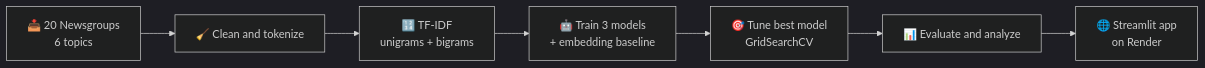
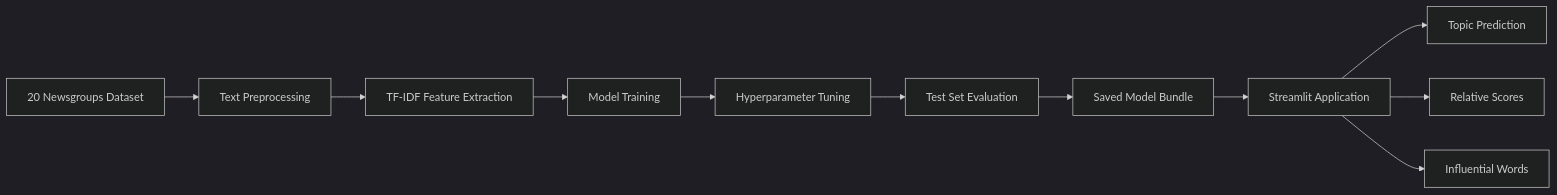
Before and after one commit to KK-Dev0/Document-Classification-AI: the diagram in README.md, drawn with Mermaid (dark theme). The commit also changed other lines of this file, not shown here.

````diff
--- a/README.md
+++ b/README.md
@@ -64,9 +74,13 @@
 ```mermaid
 flowchart LR
-    A["📥 20 Newsgroups<br/>6 topics"] --> B["🧹 Clean and tokenize"]
-    B --> C["🔢 TF-IDF<br/>unigrams + bigrams"]
-    C --> D["🤖 Train 3 models<br/>+ embedding baseline"]
-    D --> E["🎯 Tune best model<br/>GridSearchCV"]
-    E --> F["📊 Evaluate and analyze"]
-    F --> G["🌐 Streamlit app<br/>on Render"]
+    A["20 Newsgroups Dataset"] --> B["Text Preprocessing"]
+    B --> C["TF-IDF Feature Extraction"]
+    C --> D["Model Training"]
+    D --> E["Hyperparameter Tuning"]
+    E --> F["Test Set Evaluation"]
+    F --> G["Saved Model Bundle"]
+    G --> H["Streamlit Application"]
+    H --> I["Topic Prediction"]
+    H --> J["Relative Scores"]
+    H --> K["Influential Words"]
 ```
````
